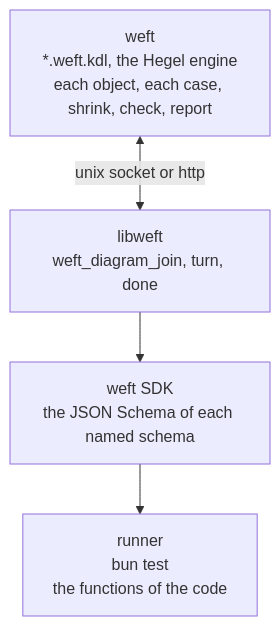
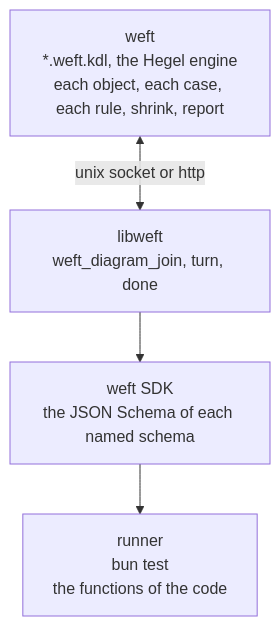
One commit to ahmedtwine/weft changed the diagram in README.md. Above: the diagram before and after it, drawn with Mermaid. The commit also changed other lines of this file and 17 other files, not shown here.

````diff
--- a/README.md
+++ b/README.md
@@ -5,8 +5,8 @@
 ```mermaid
 flowchart TB
-  weft["weft<br>*.weft.kdl, the Hegel engine<br>each object, each case, shrink, check, report"]
+  weft["weft<br>*.weft.kdl, the Hegel engine<br>each object, each case, each rule, shrink, report"]
   weft <-->|"unix socket or http"| lib
   lib["libweft<br>weft_diagram_join, turn, done"]
   lib --> sdk["weft SDK<br>the JSON Schema of each named schema"]
   sdk --> runner["runner<br>bun test<br>the functions of the code"]
 ```
````
